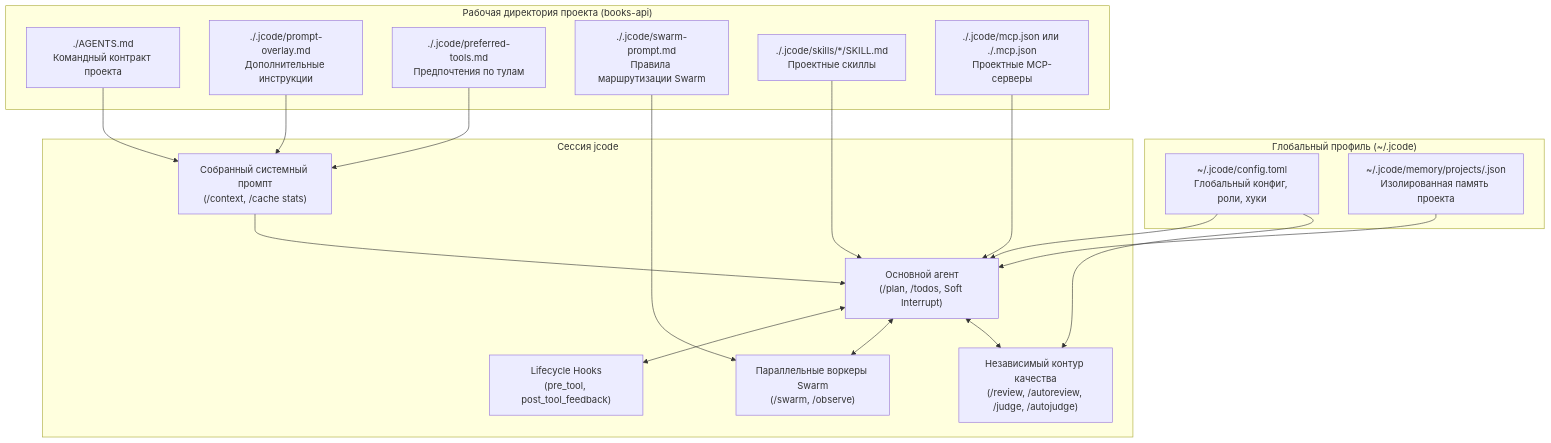
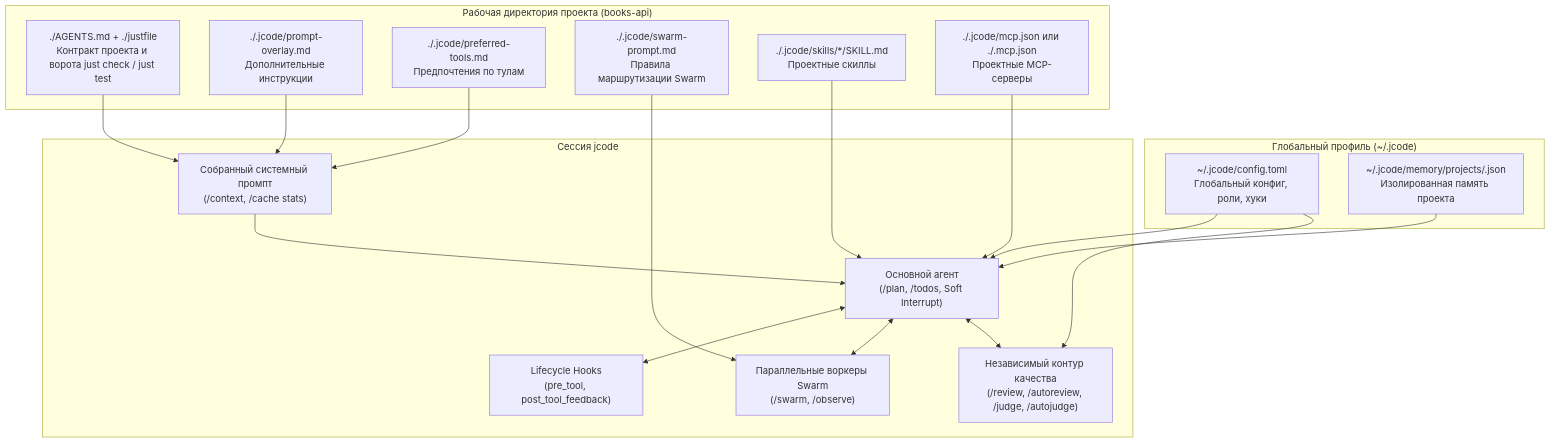
Before and after one commit to rastaclaus/books-api: the first of 2 diagrams in tutorial/README.md, drawn with Mermaid. The commit also changed other lines of this file and 11 other files, not shown here.

````diff
--- a/tutorial/README.md
+++ b/tutorial/README.md
@@ -36,38 +37,38 @@
 ```mermaid
 flowchart TB
     subgraph Repo["Рабочая директория проекта (books-api)"]
-        AG["./AGENTS.md<br/>Командный контракт проекта"]
+        AG["./AGENTS.md + ./justfile<br/>Контракт проекта и ворота just check / just test"]
         OV["./.jcode/prompt-overlay.md<br/>Дополнительные инструкции"]
         PT["./.jcode/preferred-tools.md<br/>Предпочтения по тулам"]
         SP["./.jcode/swarm-prompt.md<br/>Правила маршрутизации Swarm"]
         SK["./.jcode/skills/*/SKILL.md<br/>Проектные скиллы"]
         MC["./.jcode/mcp.json или ./.mcp.json<br/>Проектные MCP-серверы"]
     end
 
     subgraph Global["Глобальный профиль (~/.jcode)"]
         CFG["~/.jcode/config.toml<br/>Глобальный конфиг, роли, хуки"]
         MEM["~/.jcode/memory/projects/<hash>.json<br/>Изолированная память проекта"]
     end
 
     subgraph Runtime["Сессия jcode"]
         PROMPT["Собранный системный промпт<br/>(/context, /cache stats)"]
         AGENT["Основной агент<br/>(/plan, /todos, Soft Interrupt)"]
         HOOKS["Lifecycle Hooks<br/>(pre_tool, post_tool_feedback)"]
         SWARM["Параллельные воркеры Swarm<br/>(/swarm, /observe)"]
         REV["Независимый контур качества<br/>(/review, /autoreview, /judge, /autojudge)"]
     end
 
     AG --> PROMPT
     OV --> PROMPT
     PT --> PROMPT
     MEM --> AGENT
     SK --> AGENT
     MC --> AGENT
     PROMPT --> AGENT
     SP --> SWARM
     CFG --> AGENT
     CFG --> REV
     AGENT <--> HOOKS
     AGENT <--> SWARM
     AGENT <--> REV
 ```
````
